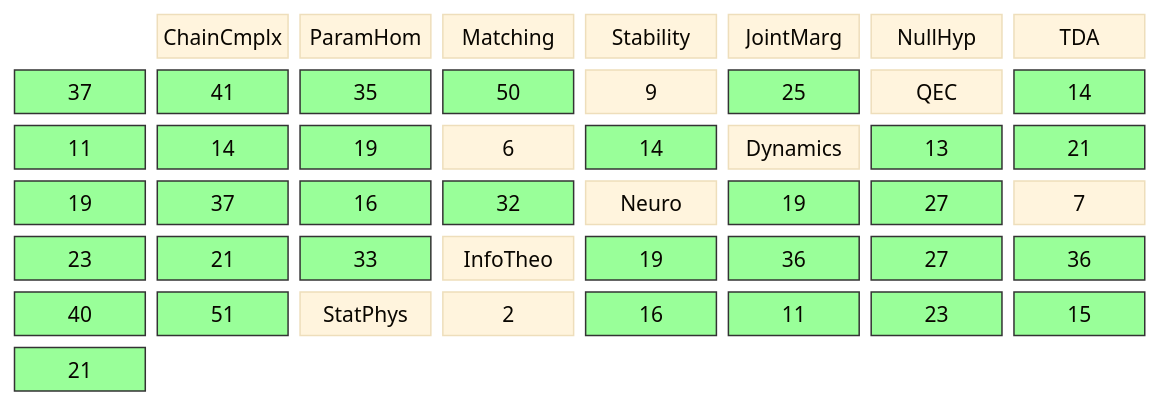
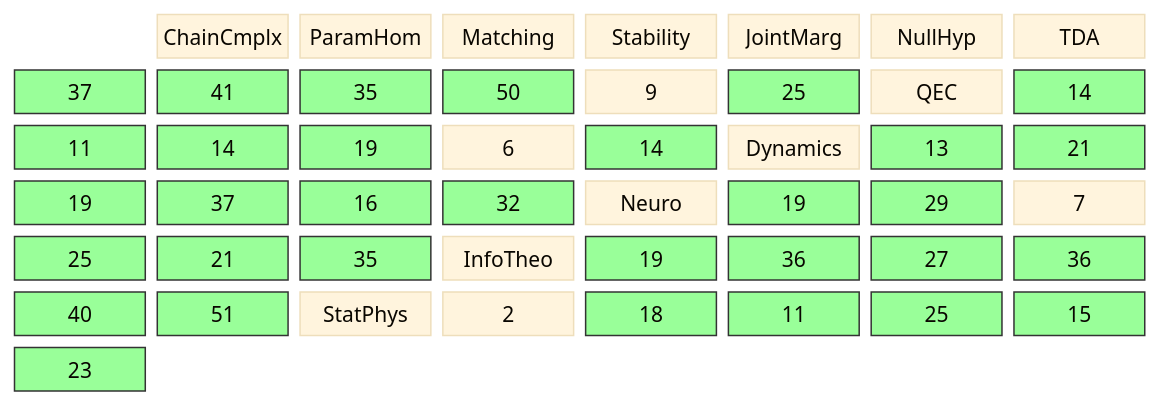
The diagram in diagrams/coverage-matrix.md (musicofhel/topoyolo), drawn with Mermaid before and after one commit. The commit also changed other lines of this file and 9 other files, not shown here.

````diff
--- a/diagrams/coverage-matrix.md
+++ b/diagrams/coverage-matrix.md
@@ -22,46 +22,46 @@
 ```mermaid
 %%{init: {'theme': 'base', 'themeVariables': {'fontSize': '14px'}}}%%
 block-beta
   columns 8
 
   space:1 CC["ChainCmplx"] PH["ParamHom"] MA["Matching"] ST["Stability"] JM["JointMarg"] NH["NullHyp"]
 
   TDA["TDA"] TDA_CC["37"] TDA_PH["41"] TDA_MA["35"] TDA_ST["50"] TDA_JM["9"] TDA_NH["25"]
   QEC["QEC"] QEC_CC["14"] QEC_PH["11"] QEC_MA["14"] QEC_ST["19"] QEC_JM["6"] QEC_NH["14"]
   DYN["Dynamics"] DYN_CC["13"] DYN_PH["21"] DYN_MA["19"] DYN_ST["37"] DYN_JM["16"] DYN_NH["32"]
-  NEU["Neuro"] NEU_CC["19"] NEU_PH["27"] NEU_MA["7"] NEU_ST["23"] NEU_JM["21"] NEU_NH["33"]
+  NEU["Neuro"] NEU_CC["19"] NEU_PH["29"] NEU_MA["7"] NEU_ST["25"] NEU_JM["21"] NEU_NH["35"]
   IT["InfoTheo"] IT_CC["19"] IT_PH["36"] IT_MA["27"] IT_ST["36"] IT_JM["40"] IT_NH["51"]
-  SP["StatPhys"] SP_CC["2"] SP_PH["16"] SP_MA["11"] SP_ST["23"] SP_JM["15"] SP_NH["21"]
+  SP["StatPhys"] SP_CC["2"] SP_PH["18"] SP_MA["11"] SP_ST["25"] SP_JM["15"] SP_NH["23"]
   style TDA_CC fill:#9f9,stroke:#333
   style TDA_PH fill:#9f9,stroke:#333
   style TDA_MA fill:#9f9,stroke:#333
   style TDA_ST fill:#9f9,stroke:#333
   style TDA_NH fill:#9f9,stroke:#333
   style QEC_CC fill:#9f9,stroke:#333
   style QEC_PH fill:#9f9,stroke:#333
   style QEC_MA fill:#9f9,stroke:#333
   style QEC_ST fill:#9f9,stroke:#333
   style QEC_NH fill:#9f9,stroke:#333
   style DYN_CC fill:#9f9,stroke:#333
   style DYN_PH fill:#9f9,stroke:#333
   style DYN_MA fill:#9f9,stroke:#333
   style DYN_ST fill:#9f9,stroke:#333
   style DYN_JM fill:#9f9,stroke:#333
   style DYN_NH fill:#9f9,stroke:#333
   style NEU_CC fill:#9f9,stroke:#333
   style NEU_PH fill:#9f9,stroke:#333
   style NEU_ST fill:#9f9,stroke:#333
   style NEU_JM fill:#9f9,stroke:#333
   style NEU_NH fill:#9f9,stroke:#333
   style IT_CC fill:#9f9,stroke:#333
   style IT_PH fill:#9f9,stroke:#333
   style IT_MA fill:#9f9,stroke:#333
   style IT_ST fill:#9f9,stroke:#333
   style IT_JM fill:#9f9,stroke:#333
   style IT_NH fill:#9f9,stroke:#333
   style SP_PH fill:#9f9,stroke:#333
   style SP_MA fill:#9f9,stroke:#333
   style SP_ST fill:#9f9,stroke:#333
   style SP_JM fill:#9f9,stroke:#333
   style SP_NH fill:#9f9,stroke:#333
 ```
````
